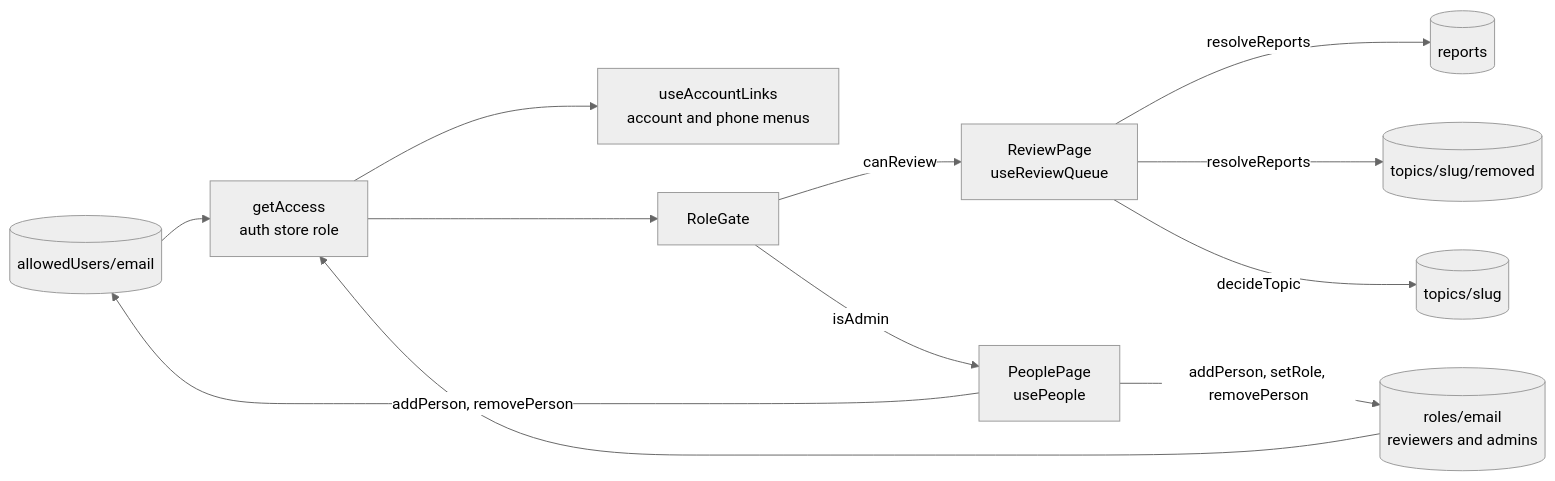
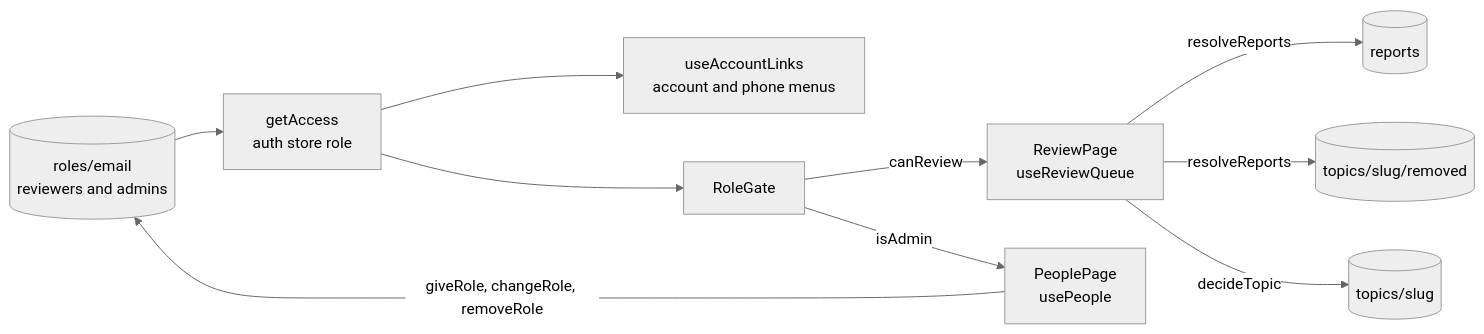
Before and after one commit to Valiance-Studios/bible-center: diagram 18 of 24 in ARCHITECTURE.md, drawn with Mermaid (neutral theme). The commit also changed other lines of this file and 48 other files, not shown here.

````diff
--- a/ARCHITECTURE.md
+++ b/ARCHITECTURE.md
@@ -654,14 +652,12 @@
 ```mermaid
 flowchart LR
-  allowed[("allowedUsers/email")] --> getAccess["getAccess<br/>auth store role"]
-  entry[("roles/email<br/>reviewers and admins")] --> getAccess
+  entry[("roles/email<br/>reviewers and admins")] --> getAccess["getAccess<br/>auth store role"]
   getAccess --> links["useAccountLinks<br/>account and phone menus"]
   getAccess --> gate["RoleGate"]
   gate -- "canReview" --> review["ReviewPage<br/>useReviewQueue"]
   gate -- "isAdmin" --> people["PeoplePage<br/>usePeople"]
   review -- "resolveReports" --> reports[("reports")]
   review -- "resolveReports" --> removed[("topics/slug/removed")]
   review -- "decideTopic" --> topics[("topics/slug")]
-  people -- "addPerson, removePerson" --> allowed
-  people -- "addPerson, setRole, removePerson" --> entry
+  people -- "giveRole, changeRole, removeRole" --> entry
 ```
````
